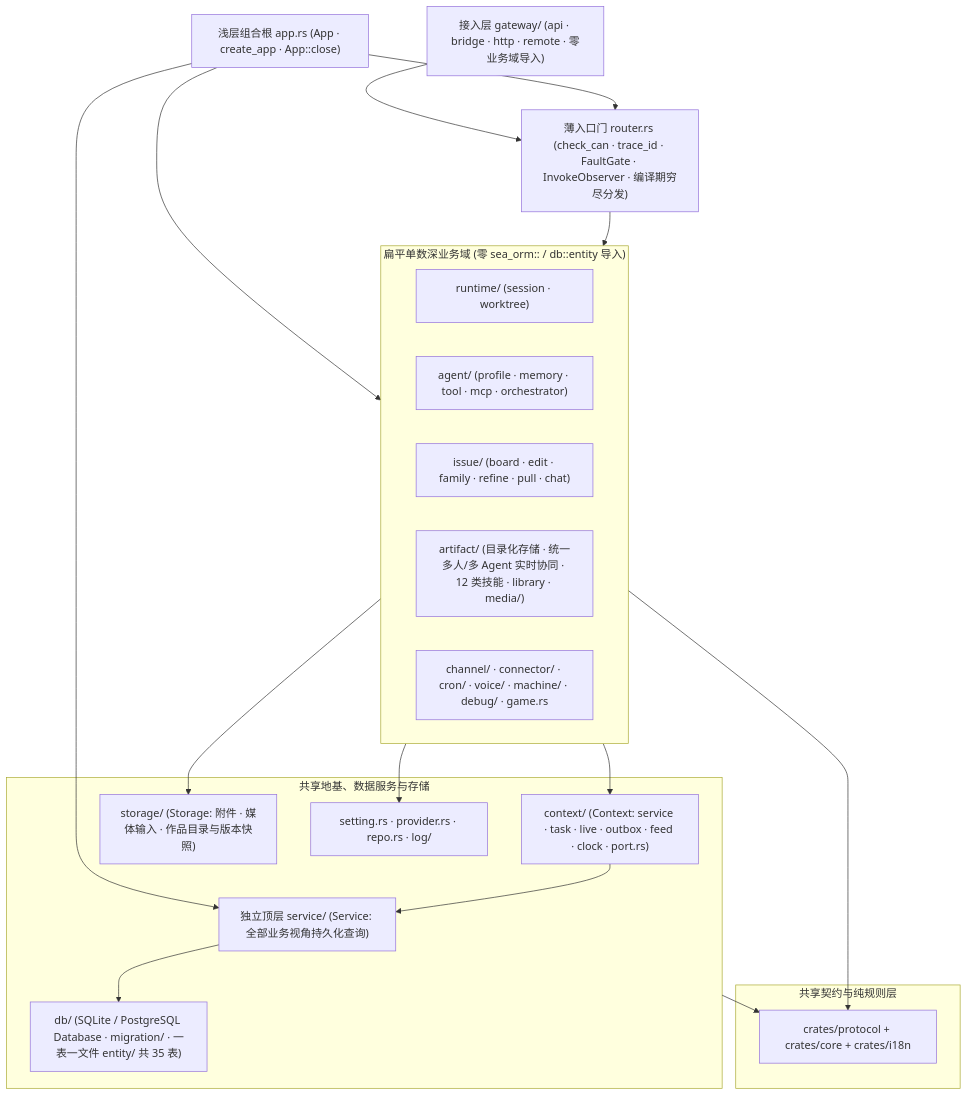
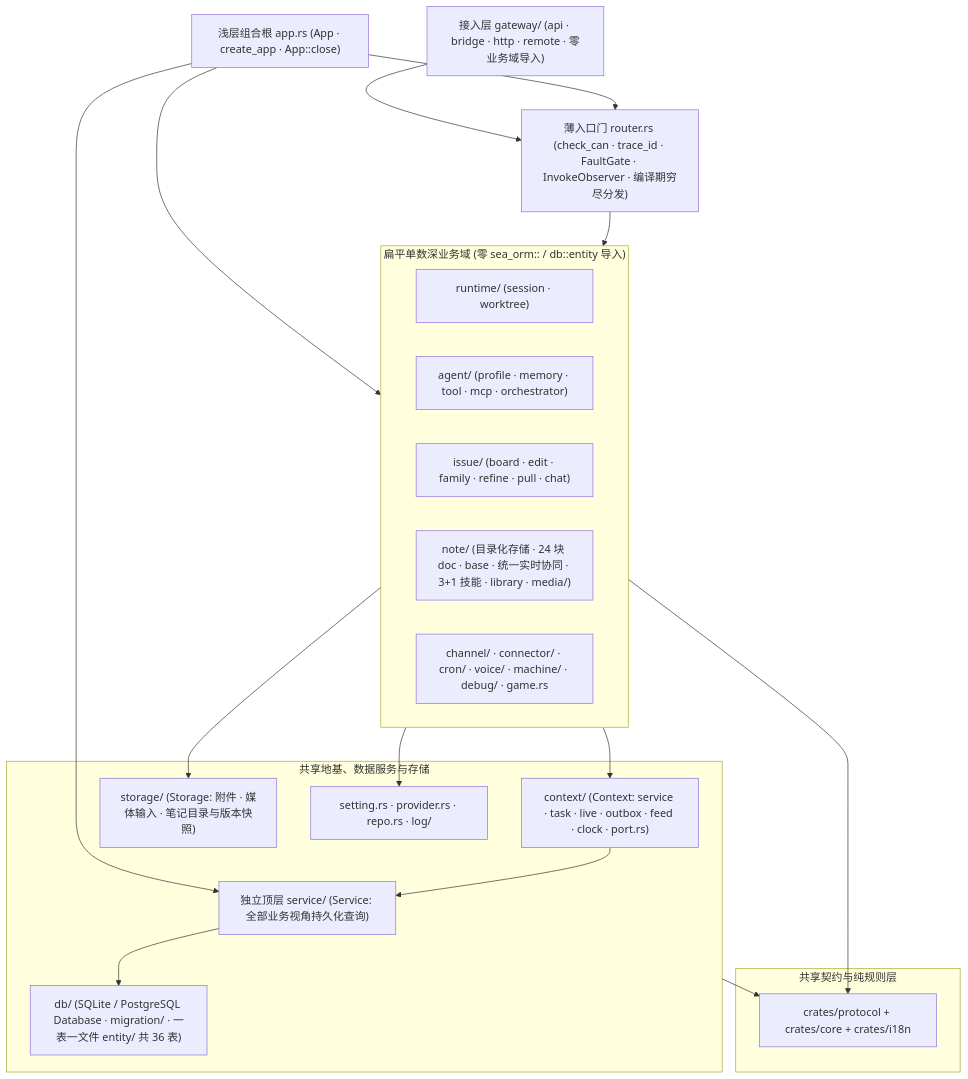
Before and after one commit to vibevalleyhq/vibevalley: the third of 5 diagrams in docs/architecture-topology.md, drawn with Mermaid. The commit also changed other lines of this file and 1132 other files, not shown here.

````diff
--- a/docs/architecture-topology.md
+++ b/docs/architecture-topology.md
@@ -142,32 +142,32 @@
 ```mermaid
 flowchart TD
   GW["接入层 gateway/ (api · bridge · http · remote · 零业务域导入)"] --> ROUTER
   APP["浅层组合根 app.rs (App · create_app · App::close)"] --> ROUTER & DOMAINS & SVC
 
   ROUTER["薄入口门 router.rs (check_can · trace_id · FaultGate · InvokeObserver · 编译期穷尽分发)"] --> DOMAINS
 
   subgraph DOMAINS["扁平单数深业务域 (零 sea_orm:: / db::entity 导入)"]
     RT["runtime/ (session · worktree)"]
     AG["agent/ (profile · memory · tool · mcp · orchestrator)"]
     IS["issue/ (board · edit · family · refine · pull · chat)"]
-    ART["artifact/ (目录化存储 · 统一多人/多 Agent 实时协同 · 12 类技能 · library · media/)"]
+    NOTE["note/ (目录化存储 · 24 块 doc · base · 统一实时协同 · 3+1 技能 · library · media/)"]
     REST["channel/ · connector/ · cron/ · voice/ · machine/ · debug/ · game.rs"]
   end
 
   subgraph BASE["共享地基、数据服务与存储"]
     CTX["context/ (Context: service · task · live · outbox · feed · clock · port.rs)"]
-    STG["storage/ (Storage: 附件 · 媒体输入 · 作品目录与版本快照)"]
+    STG["storage/ (Storage: 附件 · 媒体输入 · 笔记目录与版本快照)"]
     LEAF["setting.rs · provider.rs · repo.rs · log/"]
     SVC["独立顶层 service/ (Service: 全部业务视角持久化查询)"]
-    DB["db/ (SQLite / PostgreSQL Database · migration/ · 一表一文件 entity/ 共 35 表)"]
+    DB["db/ (SQLite / PostgreSQL Database · migration/ · 一表一文件 entity/ 共 36 表)"]
   end
 
   subgraph L0["共享契约与纯规则层"]
     CORE_PROTO["crates/protocol + crates/core + crates/i18n"]
   end
 
   DOMAINS --> CTX & STG & LEAF
   CTX --> SVC
   SVC --> DB
   DOMAINS & BASE --> CORE_PROTO
 ```
````
